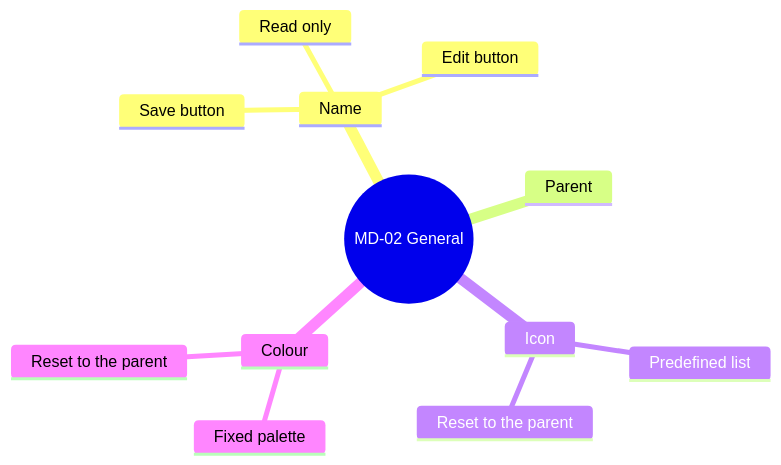
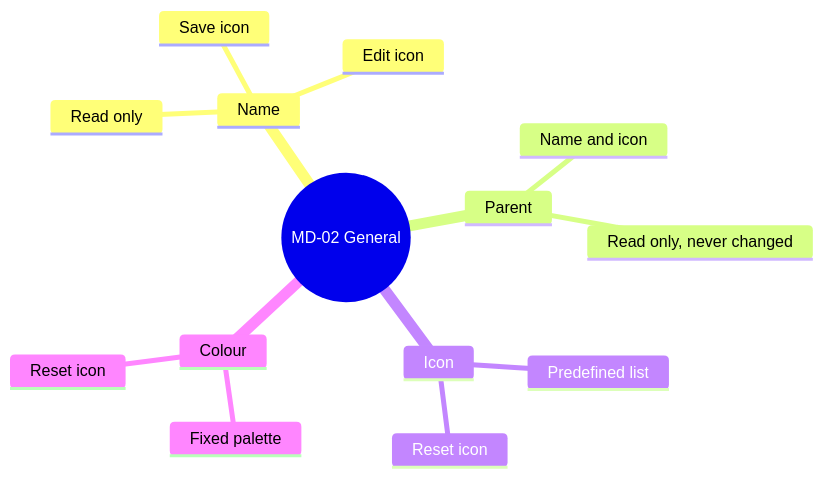
The third of 13 diagrams in screens/metadata.md (AlexandreGallais/synoptic-studio-spec), drawn with Mermaid before and after one commit. The commit also changed other lines of this file and 12 other files, not shown here.

````diff
--- a/screens/metadata.md
+++ b/screens/metadata.md
@@ -73,15 +73,17 @@
 ```mermaid
 mindmap
   root((MD-02 General))
     Name
       Read only
-      Edit button
-      Save button
+      Edit icon
+      Save icon
     Parent
+      Name and icon
+      Read only, never changed
     Icon
       Predefined list
-      Reset to the parent
+      Reset icon
     Colour
       Fixed palette
-      Reset to the parent
+      Reset icon
 ```
````
